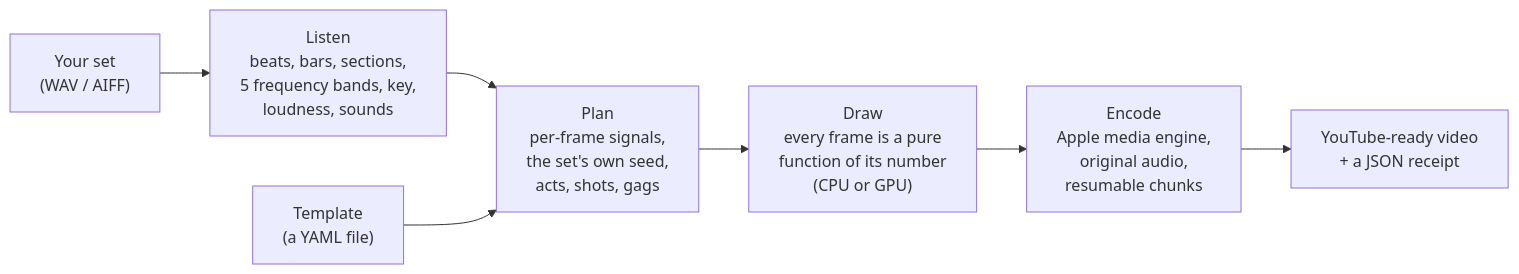
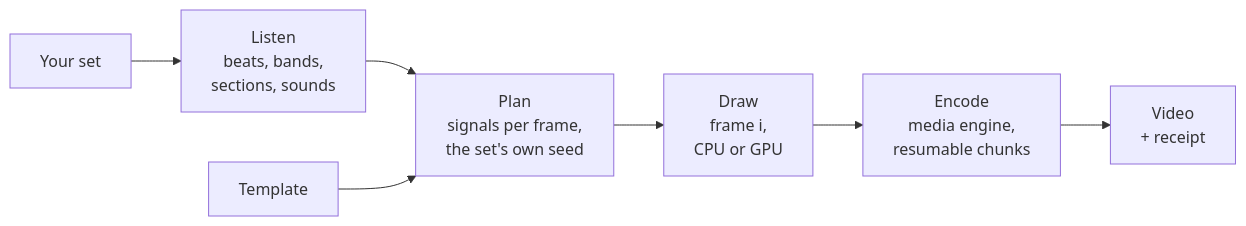
Before and after one commit to dnk8n/setrenderer: the diagram in README.md, drawn with Mermaid.

Commit message:
docs: a simpler README pipeline diagram that stays legible on GitHub

````diff
--- a/README.md
+++ b/README.md
@@ -117,9 +117,9 @@
 ```mermaid
 flowchart LR
-  A["Your set<br/>(WAV / AIFF)"] --> B["Listen<br/>beats, bars, sections,<br/>5 frequency bands, key,<br/>loudness, sounds"]
-  B --> C["Plan<br/>per-frame signals,<br/>the set's own seed,<br/>acts, shots, gags"]
-  T["Template<br/>(a YAML file)"] --> C
-  C --> D["Draw<br/>every frame is a pure<br/>function of its number<br/>(CPU or GPU)"]
-  D --> E["Encode<br/>Apple media engine,<br/>original audio,<br/>resumable chunks"]
-  E --> F["YouTube-ready video<br/>+ a JSON receipt"]
+  A["Your set"] --> B["Listen<br/>beats, bands,<br/>sections, sounds"]
+  B --> C["Plan<br/>signals per frame,<br/>the set's own seed"]
+  T["Template"] --> C
+  C --> D["Draw<br/>frame i,<br/>CPU or GPU"]
+  D --> E["Encode<br/>media engine,<br/>resumable chunks"]
+  E --> F["Video<br/>+ receipt"]
 ```
````
